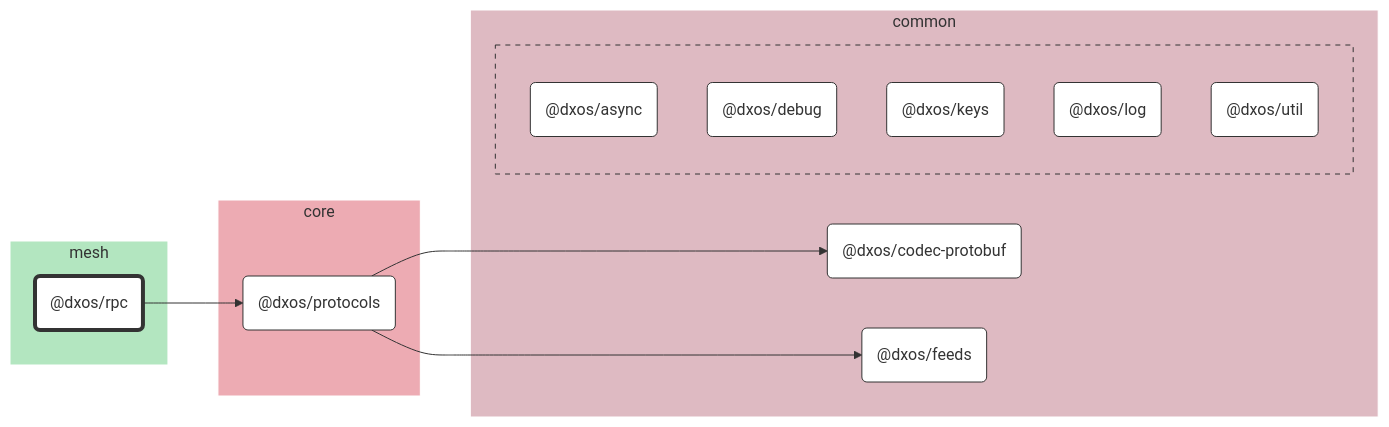
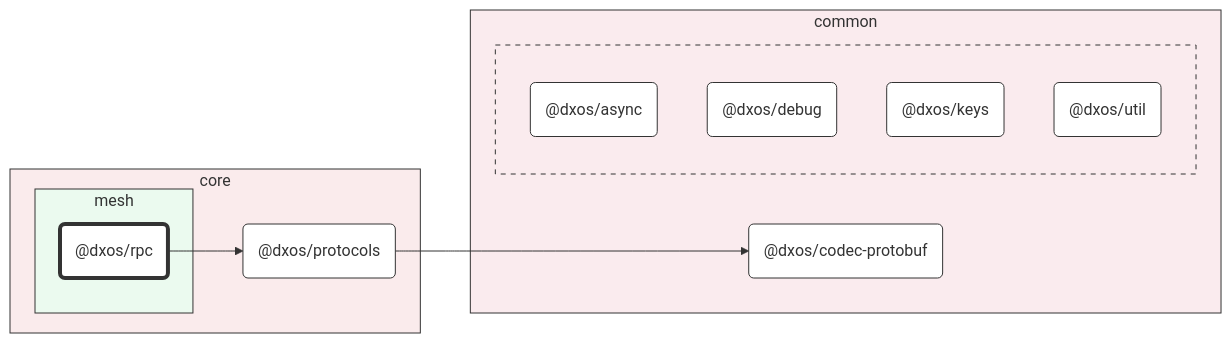
The diagram in packages/core/mesh/rpc/docs/README.md (dxos/dxos), drawn with Mermaid before and after one commit. The commit also changed other lines of this file and 93 other files, not shown here.

First line of the commit message:
chore: hierarchical graphs. (#1583)

````diff
--- a/packages/core/mesh/rpc/docs/README.md
+++ b/packages/core/mesh/rpc/docs/README.md
@@ -7,51 +7,46 @@
 ```mermaid
 %%{ init: {'flowchart':{'curve':'basis'}} }%%
 
 flowchart LR
 
 %% Classes
 classDef def fill:#fff,stroke:#333,stroke-width:1px
 classDef root fill:#fff,stroke:#333,stroke-width:4px
 
 %% Nodes
 
-subgraph mesh [mesh]
-  style mesh fill:#b3e6c0,stroke:#fff
-  dxos/rpc("@dxos/rpc"):::root
-  click dxos/rpc "dxos/dxos/tree/main/packages/core/mesh/rpc/docs"
+subgraph core [core]
+  style core fill:#faebec,stroke:#333
+  dxos/protocols("@dxos/protocols"):::def
+  click dxos/protocols "dxos/dxos/tree/main/packages/core/protocols/docs"
+
+  subgraph mesh [mesh]
+    style mesh fill:#ebfaef,stroke:#333
+    dxos/rpc("@dxos/rpc"):::root
+    click dxos/rpc "dxos/dxos/tree/main/packages/core/mesh/rpc/docs"
+  end
 end
 
 subgraph common [common]
-  style common fill:#debac2,stroke:#fff
+  style common fill:#faebee,stroke:#333
   dxos/codec-protobuf("@dxos/codec-protobuf"):::def
   click dxos/codec-protobuf "dxos/dxos/tree/main/packages/common/codec-protobuf/docs"
-  dxos/feeds("@dxos/feeds"):::def
-  click dxos/feeds "dxos/dxos/tree/main/packages/common/feeds/docs"
 
-  subgraph common-excluded [ ]
-    style common-excluded fill:#debac2,stroke:#333,stroke-dasharray:5 5
+  subgraph _ [ ]
+    style _ fill:#faebee,stroke:#333,stroke-dasharray:5 5
     dxos/async("@dxos/async"):::def
     click dxos/async "dxos/dxos/tree/main/packages/common/async/docs"
     dxos/debug("@dxos/debug"):::def
     click dxos/debug "dxos/dxos/tree/main/packages/common/debug/docs"
     dxos/keys("@dxos/keys"):::def
     click dxos/keys "dxos/dxos/tree/main/packages/common/keys/docs"
-    dxos/log("@dxos/log"):::def
-    click dxos/log "dxos/dxos/tree/main/packages/common/log/docs"
     dxos/util("@dxos/util"):::def
     click dxos/util "dxos/dxos/tree/main/packages/common/util/docs"
   end
-end
-
-subgraph core [core]
-  style core fill:#edabb3,stroke:#fff
-  dxos/protocols("@dxos/protocols"):::def
-  click dxos/protocols "dxos/dxos/tree/main/packages/core/protocols/docs"
 end
 
 %% Links
 linkStyle default stroke:#333,stroke-width:1px
 dxos/rpc --> dxos/protocols
 dxos/protocols --> dxos/codec-protobuf
-dxos/protocols --> dxos/feeds
 ```
````
